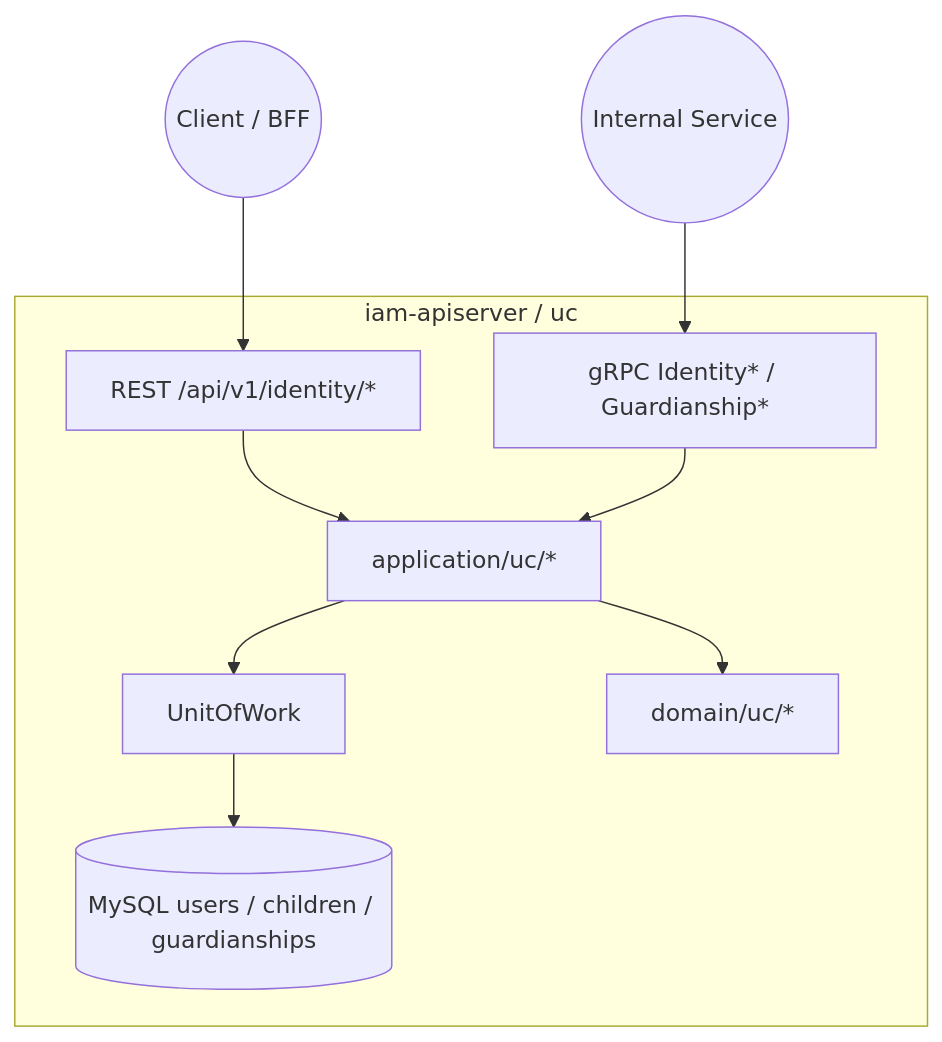
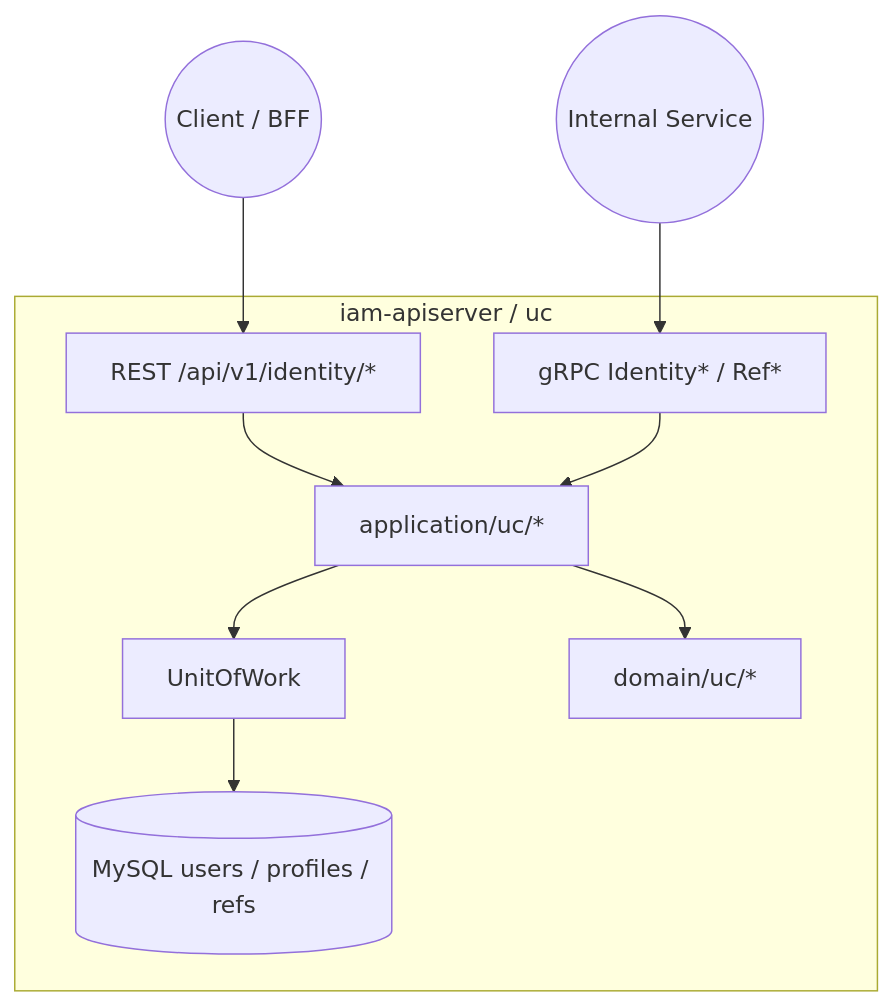
Before and after one commit to FangcunMount/iam: the first of 5 diagrams in docs/02-业务域/03-user-用户&儿童&Guardianship.md, drawn with Mermaid. The commit also changed other lines of this file and 216 other files, not shown here.

````diff
--- a/docs/02-业务域/03-user-用户&儿童&Guardianship.md
+++ b/docs/02-业务域/03-user-用户&儿童&Guardianship.md
@@ -51,18 +51,18 @@
 ```mermaid
 flowchart TB
   subgraph iam["iam-apiserver / uc"]
     REST["REST /api/v1/identity/*"]
-    GRPC["gRPC Identity* / Guardianship*"]
+    GRPC["gRPC Identity* / Ref*"]
     APP["application/uc/*"]
     UoW["UnitOfWork"]
     DOM["domain/uc/*"]
-    DB[("MySQL users / children / guardianships")]
+    DB[("MySQL users / profiles / refs")]
   end
   C((Client / BFF)) --> REST
   S((Internal Service)) --> GRPC
   REST --> APP
   GRPC --> APP
   APP --> UoW
   APP --> DOM
   UoW --> DB
 ```
````
